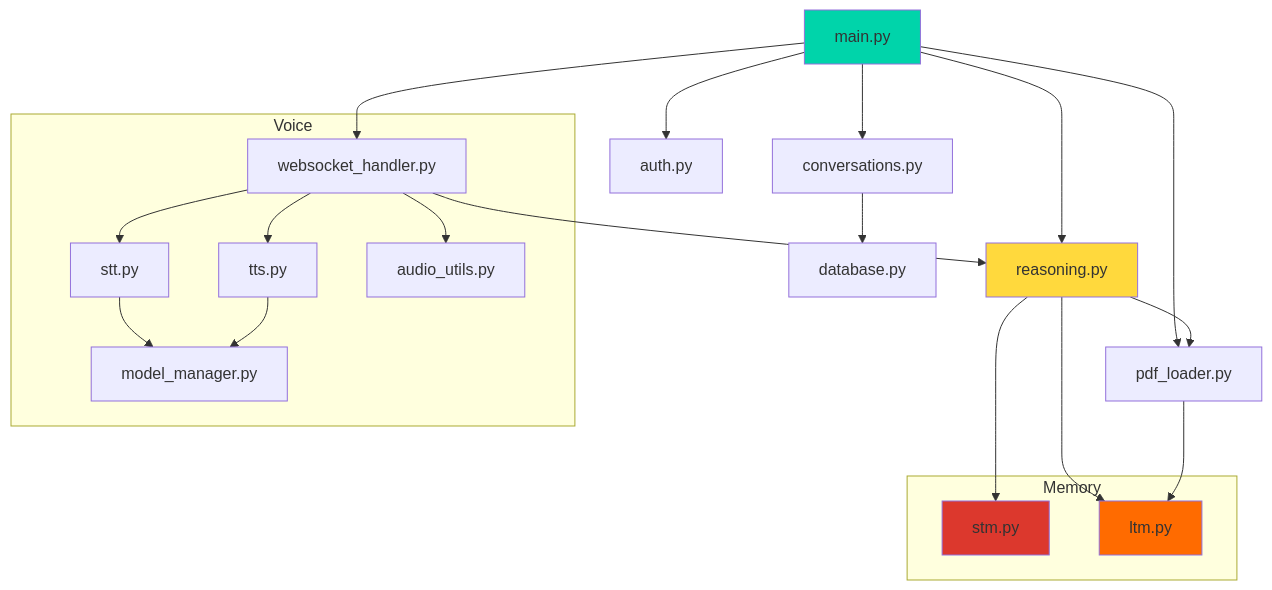
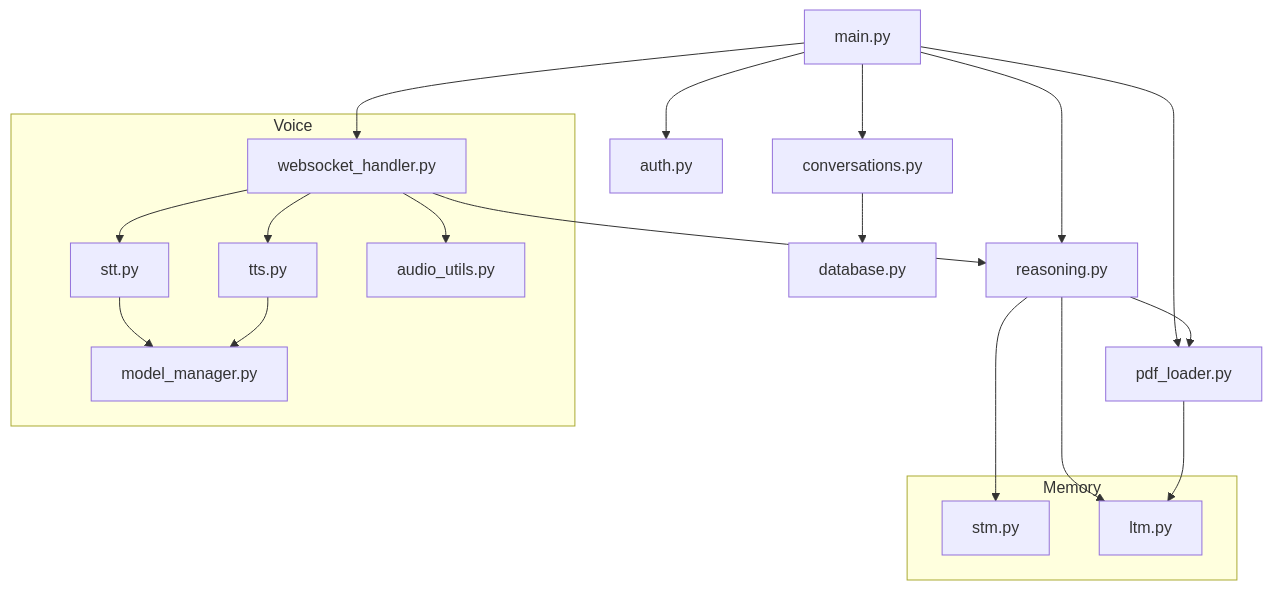
One commit to Shashwat-Akhilesh-Shukla/Cognitive-AI changed diagram 17 of 18 in RESEARCH.md. Above: the diagram before and after it, drawn with Mermaid. The commit also changed other lines of this file and 4 other files, not shown here.

````diff
--- a/RESEARCH.md
+++ b/RESEARCH.md
@@ -1881,47 +1900,42 @@
 ```mermaid
 graph TB
     MAIN[main.py]
     AUTH[auth.py]
     CONV[conversations.py]
     REASON[reasoning.py]
     PDF[pdf_loader.py]
     DB[database.py]
     
     subgraph "Memory"
         STM[stm.py]
         LTM[ltm.py]
     end
     
     subgraph "Voice"
         WS_HANDLER[websocket_handler.py]
         STT[stt.py]
         TTS[tts.py]
         MODEL_MGR[model_manager.py]
         AUDIO[audio_utils.py]
     end
     
     MAIN --> AUTH
     MAIN --> CONV
     MAIN --> REASON
     MAIN --> PDF
     MAIN --> WS_HANDLER
     
     CONV --> DB
     REASON --> STM
     REASON --> LTM
     REASON --> PDF
     PDF --> LTM
     
     WS_HANDLER --> STT
     WS_HANDLER --> TTS
     WS_HANDLER --> REASON
     WS_HANDLER --> AUDIO
     
     STT --> MODEL_MGR
     TTS --> MODEL_MGR
-    
-    style MAIN fill:#00d4aa
-    style REASON fill:#ffd93d
-    style STM fill:#dc382d
-    style LTM fill:#ff6b00
 ```
````
